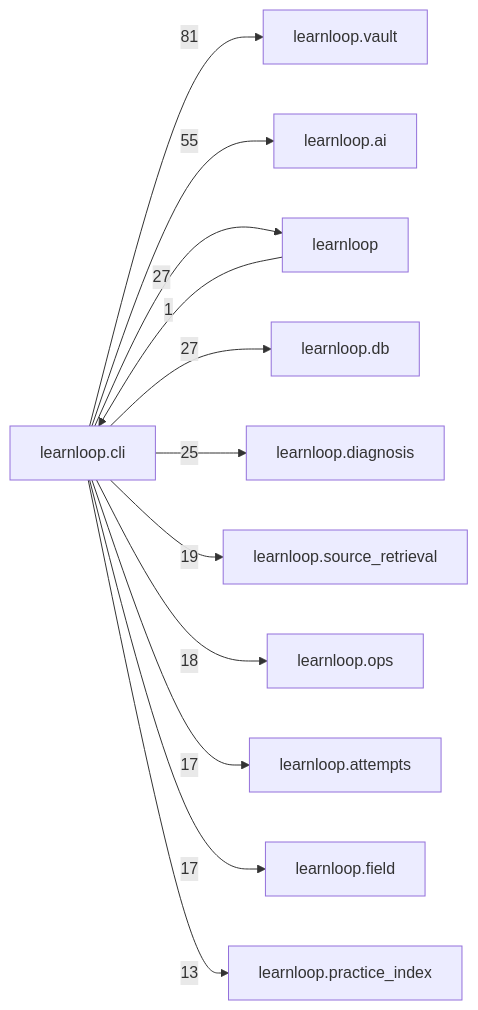
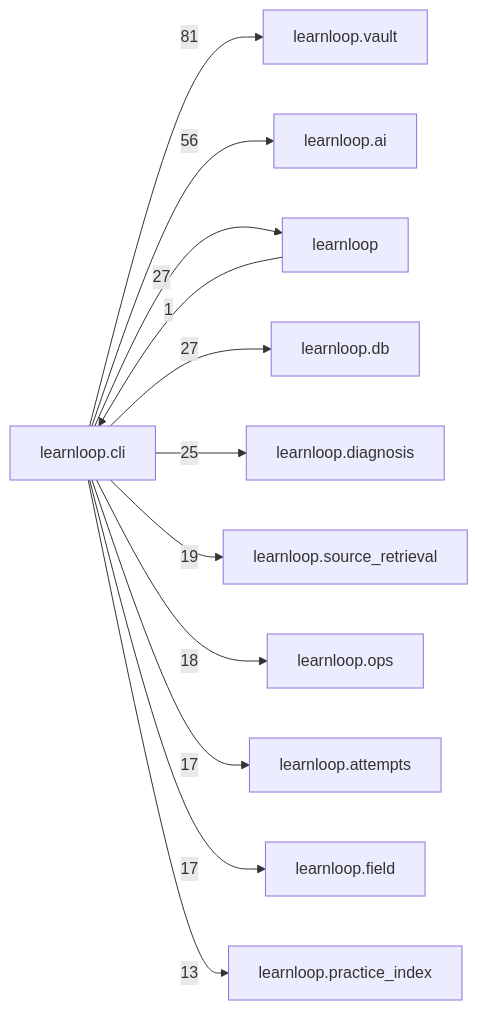
The diagram in docs/learnloop-architecture-vault/Reference/Modules/learnloop/cli/_package.md (6up-b/learnanything), drawn with Mermaid before and after one commit. The commit also changed other lines of this file and 85 other files, not shown here.

````diff
--- a/docs/learnloop-architecture-vault/Reference/Modules/learnloop/cli/_package.md
+++ b/docs/learnloop-architecture-vault/Reference/Modules/learnloop/cli/_package.md
@@ -230,25 +230,25 @@
 ```mermaid
 flowchart LR
     center["learnloop.cli"]
     n_learnloop_vault["learnloop.vault"]
     n_learnloop_ai["learnloop.ai"]
     n_learnloop["learnloop"]
     n_learnloop_db["learnloop.db"]
     n_learnloop_diagnosis["learnloop.diagnosis"]
     n_learnloop_source_retrieval["learnloop.source_retrieval"]
     n_learnloop_ops["learnloop.ops"]
     n_learnloop_attempts["learnloop.attempts"]
     n_learnloop_field["learnloop.field"]
     n_learnloop_practice_index["learnloop.practice_index"]
     center -->|81| n_learnloop_vault
-    center -->|55| n_learnloop_ai
+    center -->|56| n_learnloop_ai
     n_learnloop -->|1| center
     center -->|27| n_learnloop
     center -->|27| n_learnloop_db
     center -->|25| n_learnloop_diagnosis
     center -->|19| n_learnloop_source_retrieval
     center -->|18| n_learnloop_ops
     center -->|17| n_learnloop_attempts
     center -->|17| n_learnloop_field
     center -->|13| n_learnloop_practice_index
 ```
````
